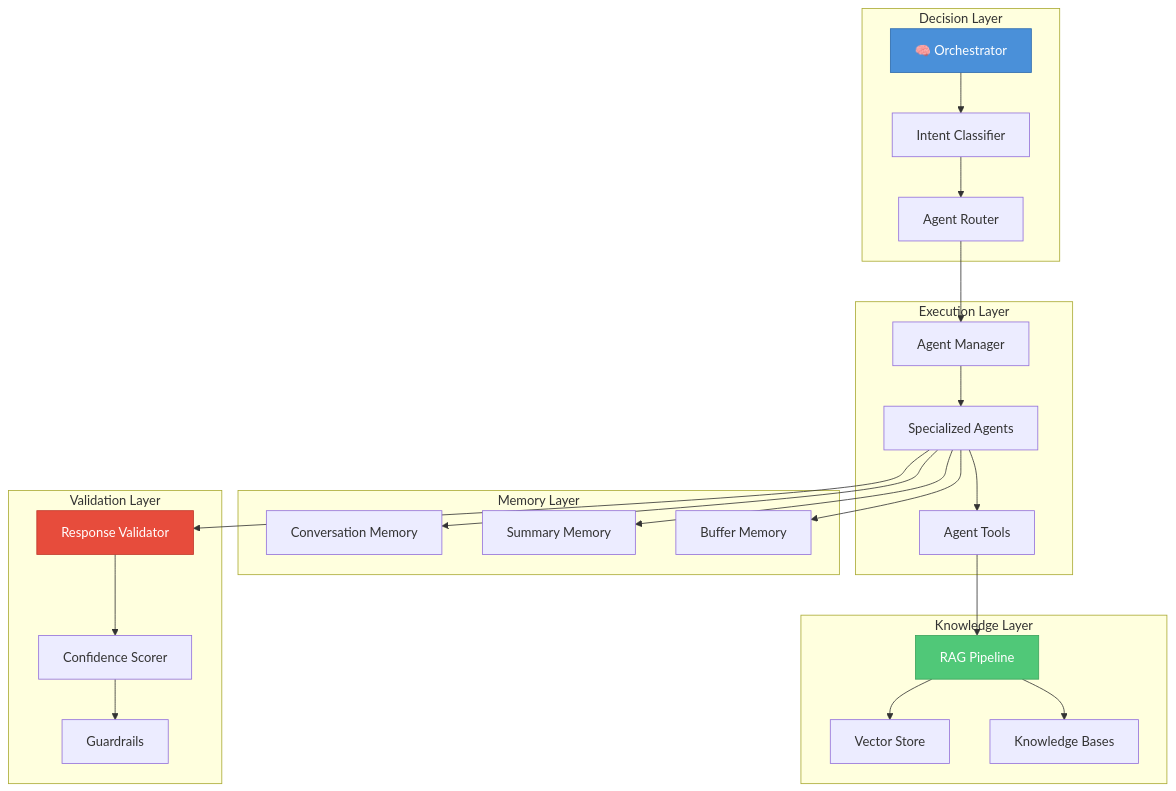
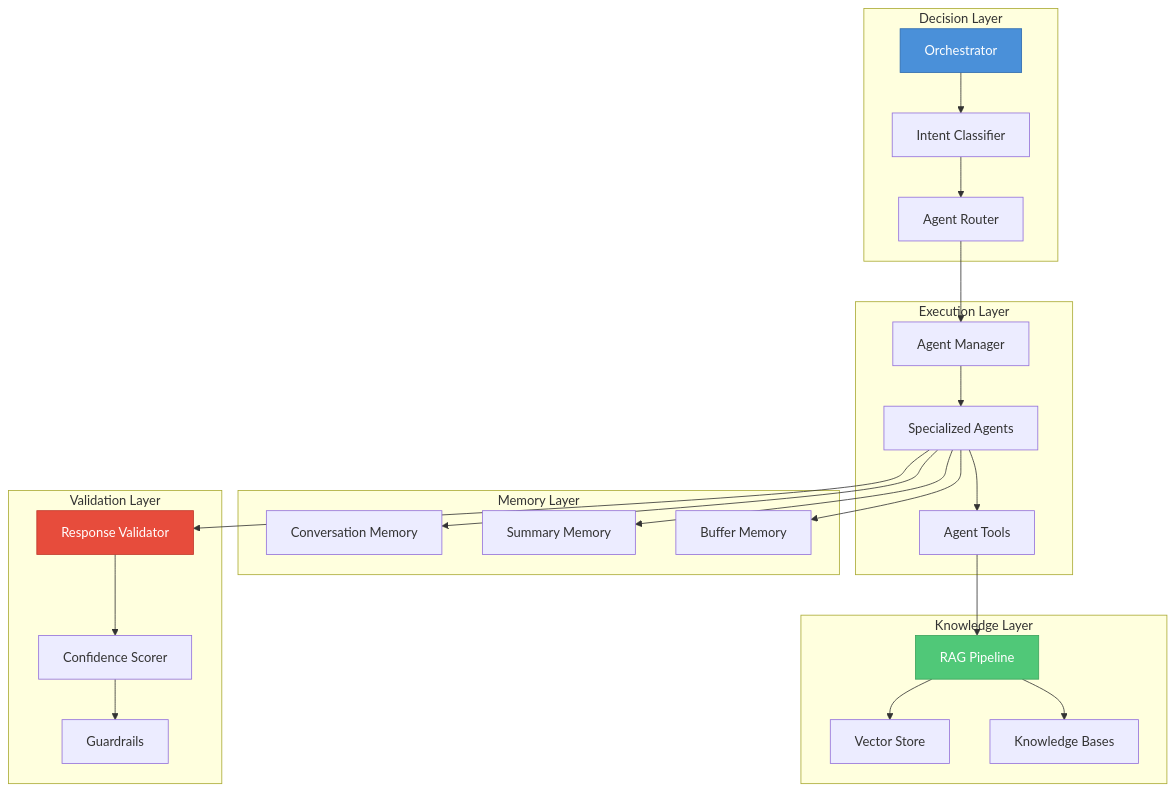
The second of 23 diagrams in docs/03_AI_and_Agent_Architecture.md (Samarjamal326/MediOrchesctrator-Agent), drawn with Mermaid before and after one commit. The commit also changed other lines of this file and 5 other files, not shown here.

````diff
--- a/docs/03_AI_and_Agent_Architecture.md
+++ b/docs/03_AI_and_Agent_Architecture.md
@@ -76,42 +76,42 @@
 ```mermaid
 graph TB
     subgraph "Decision Layer"
-        Orch[🧠 Orchestrator]
+        Orch[ Orchestrator]
         IC[Intent Classifier]
         Router[Agent Router]
     end
 
     subgraph "Execution Layer"
         AM[Agent Manager]
         Agents[Specialized Agents]
         Tools[Agent Tools]
     end
 
     subgraph "Knowledge Layer"
         RAG[RAG Pipeline]
         VDB[Vector Store]
         KB[Knowledge Bases]
     end
 
     subgraph "Memory Layer"
         ConvMem[Conversation Memory]
         Summary[Summary Memory]
         Buffer[Buffer Memory]
     end
 
     subgraph "Validation Layer"
         RV[Response Validator]
         CS[Confidence Scorer]
         Guard[Guardrails]
     end
 
     Orch --> IC --> Router --> AM
     AM --> Agents --> Tools
     Tools --> RAG --> VDB & KB
     Agents --> ConvMem & Summary & Buffer
     Agents --> RV --> CS --> Guard
 
     style Orch fill:#4A90D9,stroke:#2E6BAE,color:#fff
     style RAG fill:#50C878,stroke:#3DA35D,color:#fff
     style RV fill:#E74C3C,stroke:#C0392B,color:#fff
 ```
````
